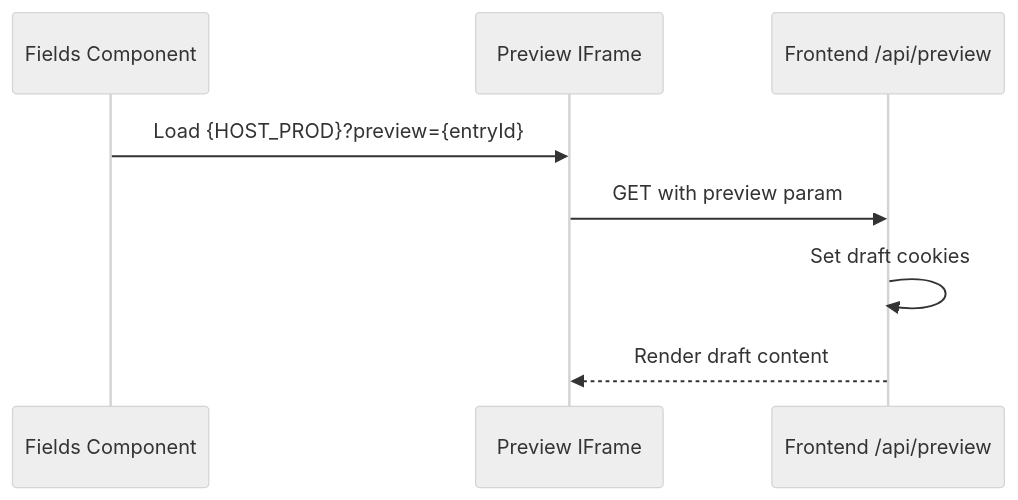
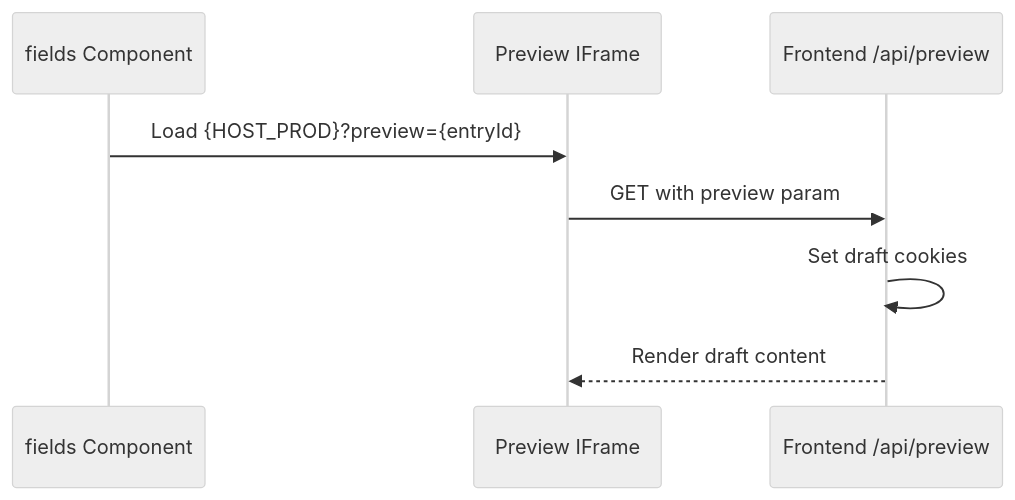
The sixth of 6 diagrams in docs/architecture/components/Fields.mdx (SveltyCMS/SveltyCMS), drawn with Mermaid (neutral theme) before and after one commit. The commit also changed other lines of this file and 353 other files, not shown here.

````diff
--- a/docs/architecture/components/Fields.mdx
+++ b/docs/architecture/components/Fields.mdx
@@ -366,11 +366,11 @@
 ```mermaid
 sequenceDiagram
-    participant CMS as Fields Component
+    participant CMS as fields Component
     participant IFrame as Preview IFrame
     participant Frontend as Frontend /api/preview
 
     CMS->>IFrame: Load {HOST_PROD}?preview={entryId}
     IFrame->>Frontend: GET with preview param
     Frontend->>Frontend: Set draft cookies
     Frontend-->>IFrame: Render draft content
 ```
````
